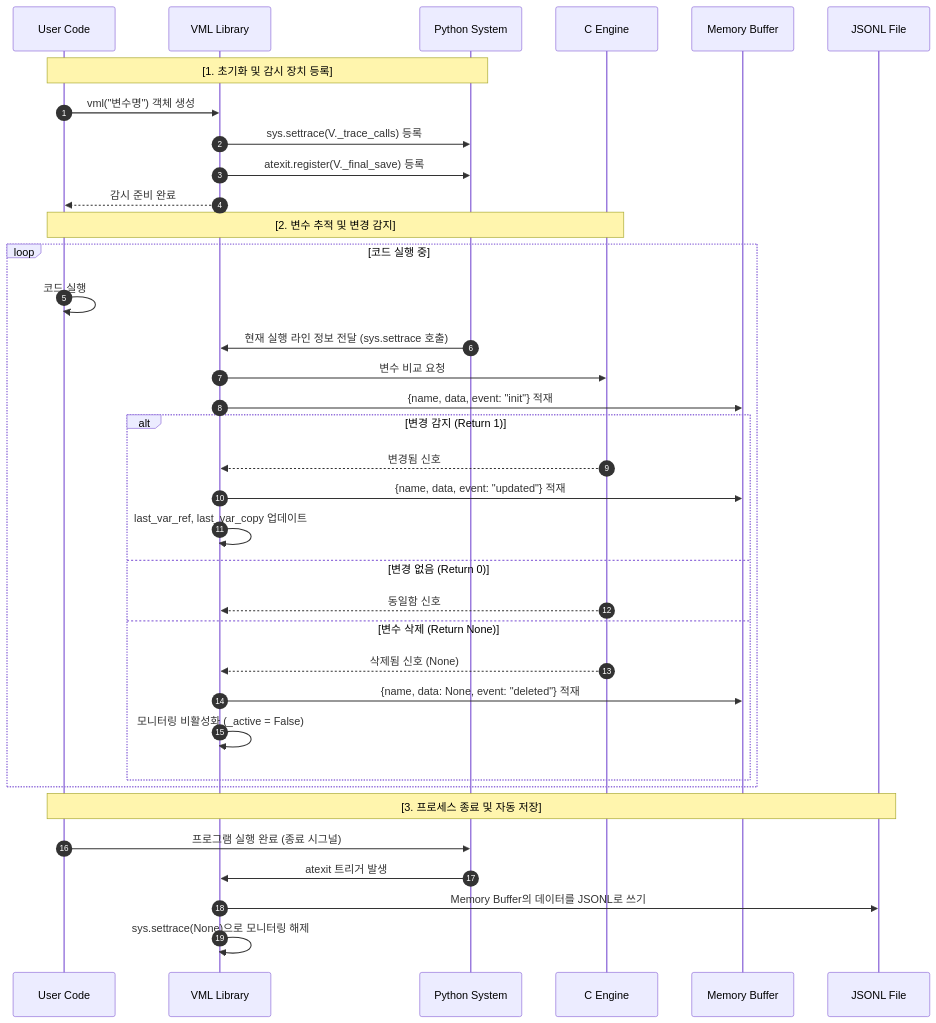
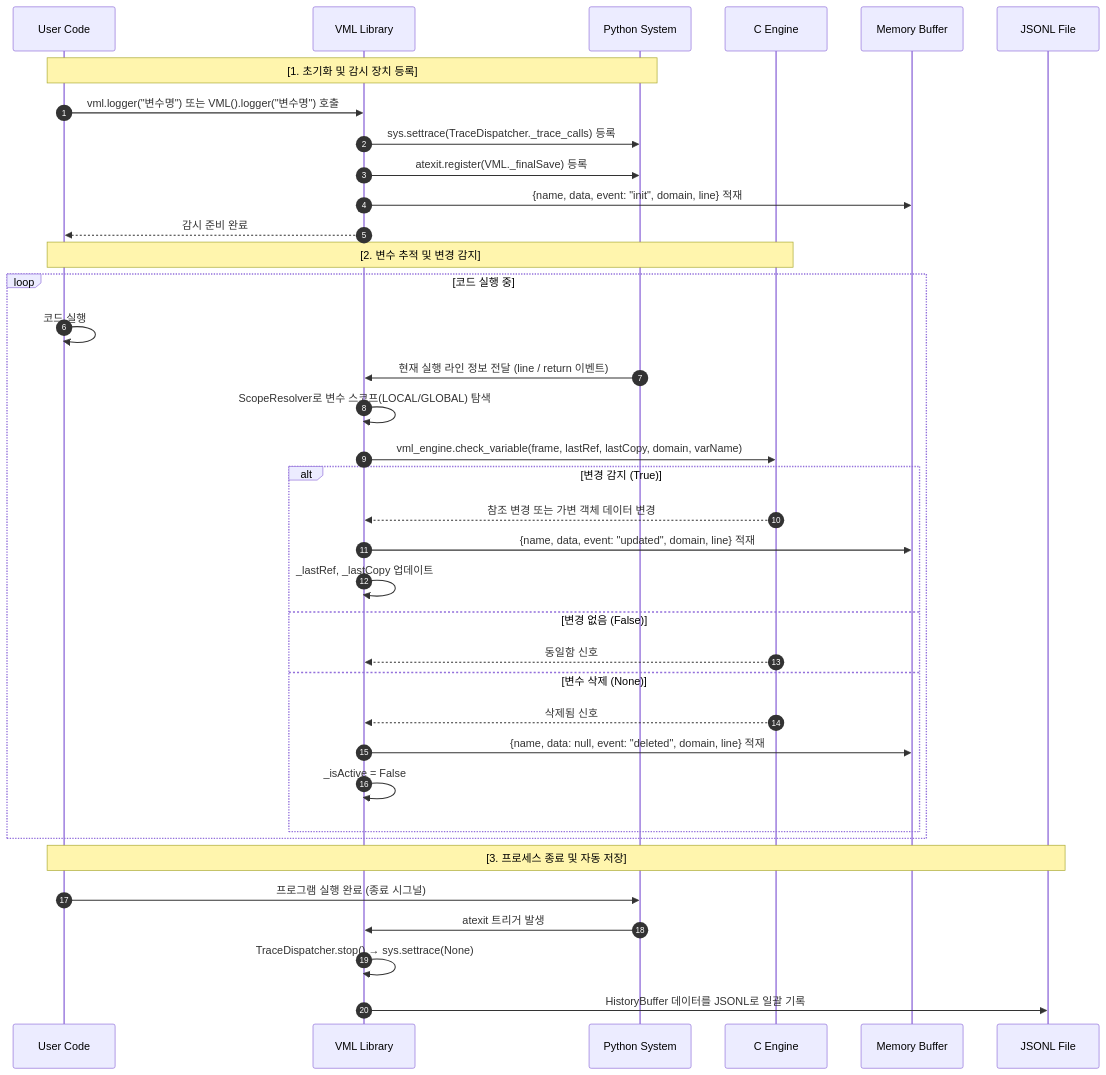
The diagram in README.md (sdkurjnk/VariableMonitoringLogger), drawn with Mermaid before and after one commit. The commit also changed other lines of this file, not shown here.

````diff
--- a/README.md
+++ b/README.md
@@ -54,44 +115,44 @@
 ```mermaid
 sequenceDiagram
     autonumber
 
     participant U as User Code
     participant V as VML Library
     participant S as Python System
     participant C as C Engine
     participant B as Memory Buffer
     participant F as JSONL File
 
     Note over U, S: [1. 초기화 및 감시 장치 등록]
-    U->>V: vml("변수명") 객체 생성
-    V->>S: sys.settrace(V._trace_calls) 등록
-    V->>S: atexit.register(V._final_save) 등록
+    U->>V: vml.logger("변수명") 또는 VML().logger("변수명") 호출
+    V->>S: sys.settrace(TraceDispatcher._trace_calls) 등록
+    V->>S: atexit.register(VML._finalSave) 등록
+    V->>B: {name, data, event: "init", domain, line} 적재
     V-->>U: 감시 준비 완료
 
     Note over U, C: [2. 변수 추적 및 변경 감지]
     loop 코드 실행 중
-		U->>U: 코드 실행
-        S->>V: 현재 실행 라인 정보 전달 (sys.settrace 호출)
-        V->>C: 변수 비교 요청
-        V->>B: {name, data, event: "init"} 적재
-        
-        alt 변경 감지 (Return 1)
-            C-->>V: 변경됨 신호
-            V->>B: {name, data, event: "updated"} 적재
-            V->>V: last_var_ref, last_var_copy 업데이트
-        else 변경 없음 (Return 0)
+        U->>U: 코드 실행
+        S->>V: 현재 실행 라인 정보 전달 (line / return 이벤트)
+        V->>V: ScopeResolver로 변수 스코프(LOCAL/GLOBAL) 탐색
+        V->>C: vml_engine.check_variable(frame, lastRef, lastCopy, domain, varName)
+
+        alt 변경 감지 (True)
+            C-->>V: 참조 변경 또는 가변 객체 데이터 변경
+            V->>B: {name, data, event: "updated", domain, line} 적재
+            V->>V: _lastRef, _lastCopy 업데이트
+        else 변경 없음 (False)
             C-->>V: 동일함 신호
-        else 변수 삭제 (Return None)
-            C-->>V: 삭제됨 신호 (None)
-            V->>B: {name, data: None, event: "deleted"} 적재
-            V->>V: 모니터링 비활성화 (_active = False)
+        else 변수 삭제 (None)
+            C-->>V: 삭제됨 신호
+            V->>B: {name, data: null, event: "deleted", domain, line} 적재
+            V->>V: _isActive = False
         end
     end
 
     Note over U, F: [3. 프로세스 종료 및 자동 저장]
     U->>S: 프로그램 실행 완료 (종료 시그널)
     S->>V: atexit 트리거 발생
-    V->>F: Memory Buffer의 데이터를 JSONL로 쓰기
-    V->>V: sys.settrace(None)으로 모니터링 해제
-
+    V->>V: TraceDispatcher.stop() → sys.settrace(None)
+    V->>F: HistoryBuffer 데이터를 JSONL로 일괄 기록
 ```
````
